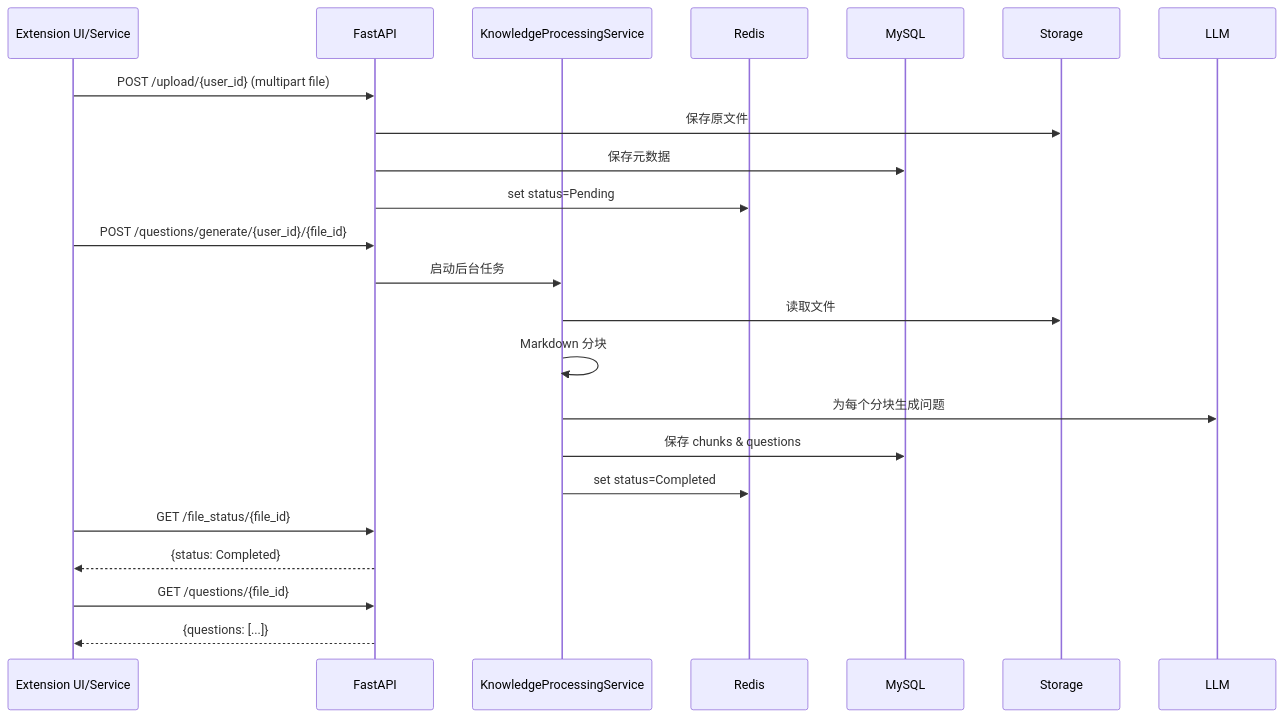
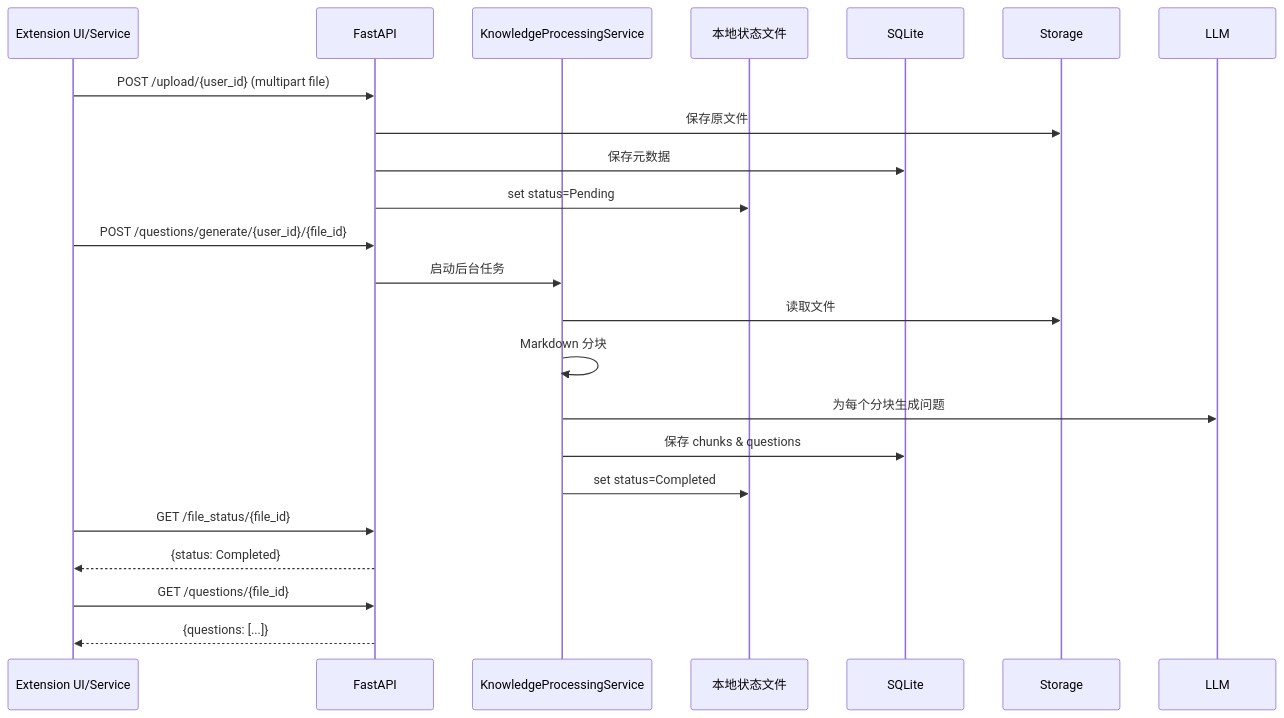
One commit to jiabai/InsightFlow changed the second of 2 diagrams in README.md. Above: the diagram before and after it, drawn with Mermaid. The commit also changed other lines of this file and 57 other files, not shown here.

````diff
--- a/README.md
+++ b/README.md
@@ -219,26 +229,26 @@
 ```mermaid
 sequenceDiagram
   participant FE as Extension UI/Service
   participant API as FastAPI
   participant KPS as KnowledgeProcessingService
-  participant R as Redis
-  participant DB as MySQL
+  participant R as 本地状态文件
+  participant DB as SQLite
   participant ST as Storage
   participant LLM as LLM
 
   FE->>API: POST /upload/{user_id} (multipart file)
   API->>ST: 保存原文件
   API->>DB: 保存元数据
   API->>R: set status=Pending
   FE->>API: POST /questions/generate/{user_id}/{file_id}
   API->>KPS: 启动后台任务
   KPS->>ST: 读取文件
   KPS->>KPS: Markdown 分块
   KPS->>LLM: 为每个分块生成问题
   KPS->>DB: 保存 chunks & questions
   KPS->>R: set status=Completed
   FE->>API: GET /file_status/{file_id}
   API-->>FE: {status: Completed}
   FE->>API: GET /questions/{file_id}
   API-->>FE: {questions: [...]}
 ```
````
